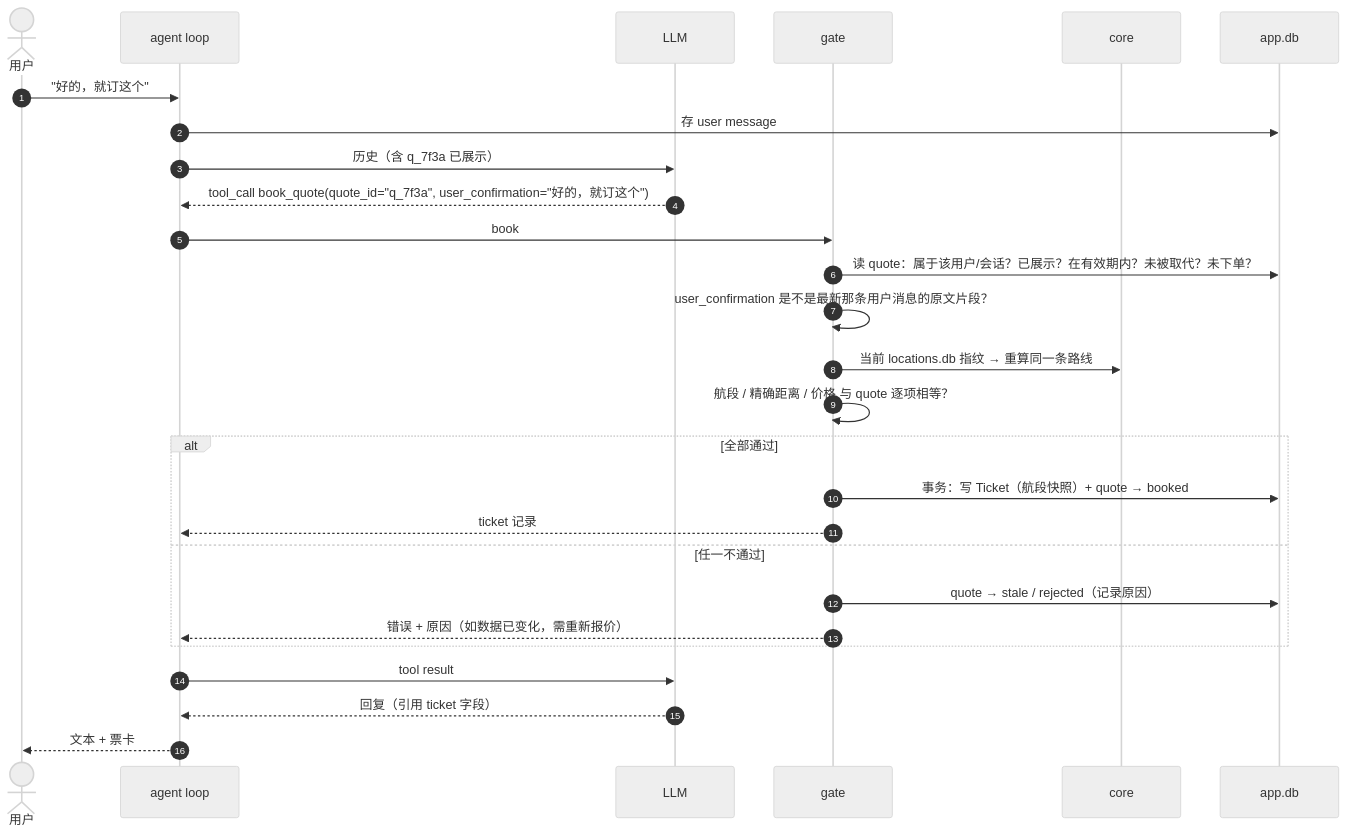
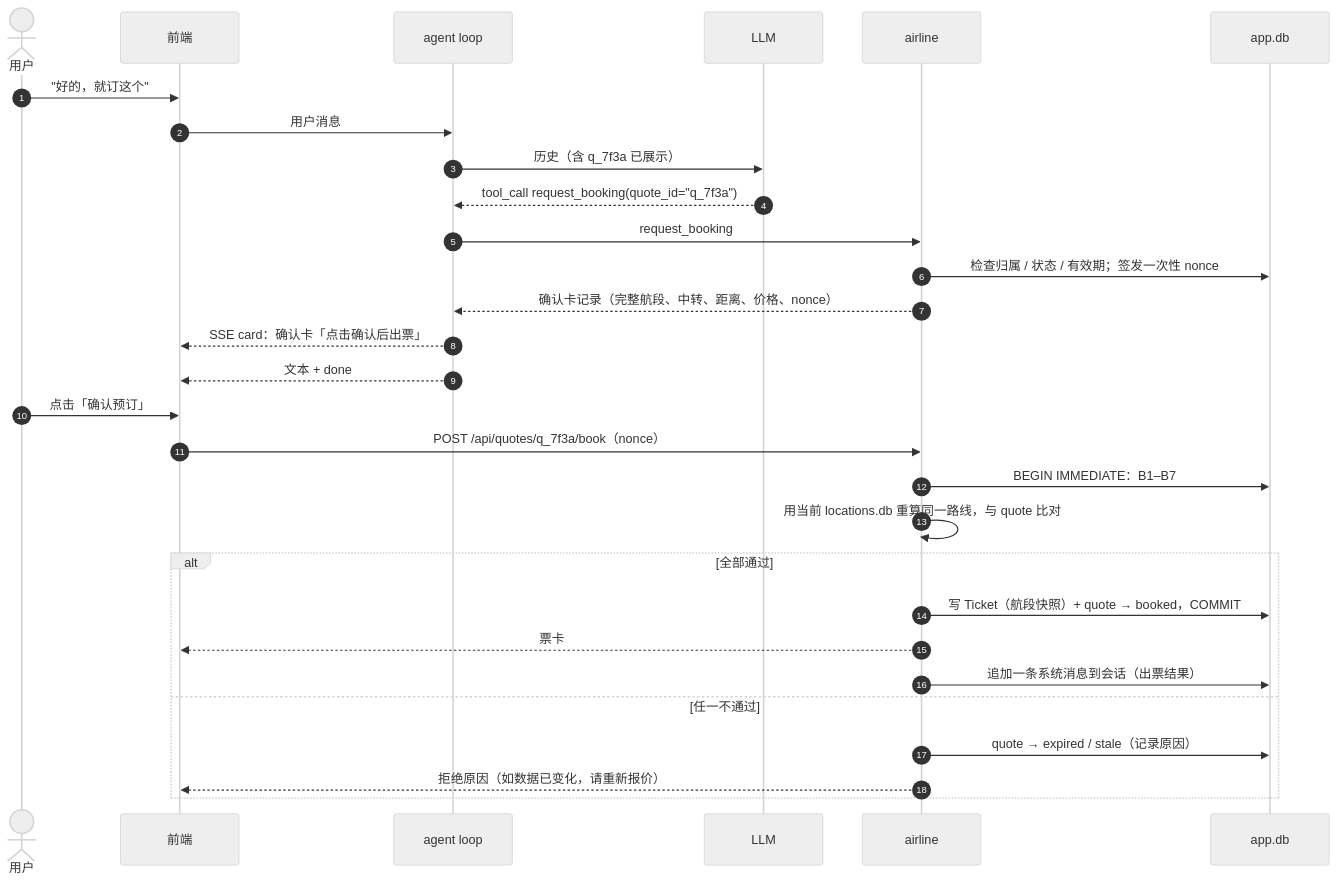
One commit to chux0519/ocean-above changed the third of 7 diagrams in docs/design/design.md. Above: the diagram before and after it, drawn with Mermaid (neutral theme). The commit also changed other lines of this file and 8 other files, not shown here.

````diff
--- a/docs/design/design.md
+++ b/docs/design/design.md
@@ -144,30 +134,32 @@
 ```mermaid
 sequenceDiagram
   autonumber
   actor U as 用户
+  participant FE as 前端
   participant L as agent loop
   participant M as LLM
-  participant G as gate
-  participant C as core
+  participant A as airline
   participant S as app.db
 
-  U->>L: "好的，就订这个"
-  L->>S: 存 user message
+  U->>FE: "好的，就订这个"
+  FE->>L: 用户消息
   L->>M: 历史（含 q_7f3a 已展示）
-  M-->>L: tool_call book_quote(quote_id="q_7f3a", user_confirmation="好的，就订这个")
-  L->>G: book
-  G->>S: 读 quote：属于该用户/会话？已展示？在有效期内？未被取代？未下单？
-  G->>G: user_confirmation 是不是最新那条用户消息的原文片段？
-  G->>C: 当前 locations.db 指纹 → 重算同一条路线
-  G->>G: 航段 / 精确距离 / 价格 与 quote 逐项相等？
+  M-->>L: tool_call request_booking(quote_id="q_7f3a")
+  L->>A: request_booking
+  A->>S: 检查归属 / 状态 / 有效期；签发一次性 nonce
+  A-->>L: 确认卡记录（完整航段、中转、距离、价格、nonce）
+  L-->>FE: SSE card：确认卡「点击确认后出票」
+  L-->>FE: 文本 + done
+  U->>FE: 点击「确认预订」
+  FE->>A: POST /api/quotes/q_7f3a/book（nonce）
+  A->>S: BEGIN IMMEDIATE：B1–B7
+  A->>A: 用当前 locations.db 重算同一路线，与 quote 比对
   alt 全部通过
-    G->>S: 事务：写 Ticket（航段快照）+ quote → booked
-    G-->>L: ticket 记录
+    A->>S: 写 Ticket（航段快照）+ quote → booked，COMMIT
+    A-->>FE: 票卡
+    A->>S: 追加一条系统消息到会话（出票结果）
   else 任一不通过
-    G->>S: quote → stale / rejected（记录原因）
-    G-->>L: 错误 + 原因（如数据已变化，需重新报价）
+    A->>S: quote → expired / stale（记录原因）
+    A-->>FE: 拒绝原因（如数据已变化，请重新报价）
   end
-  L->>M: tool result
-  M-->>L: 回复（引用 ticket 字段）
-  L-->>U: 文本 + 票卡
 ```
````
